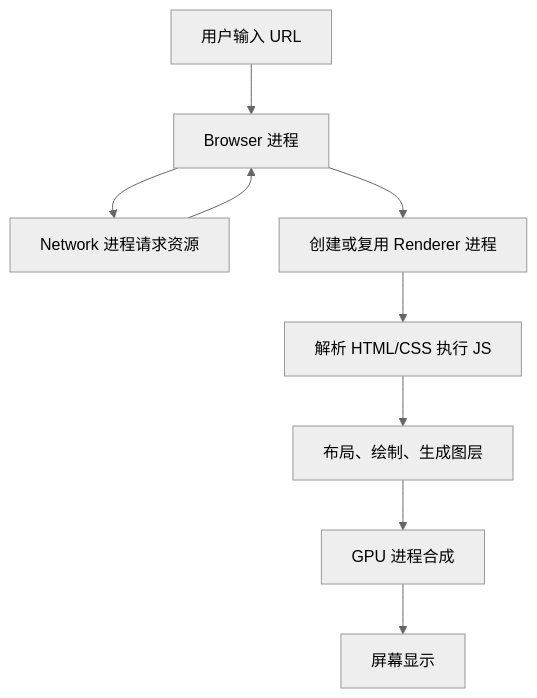
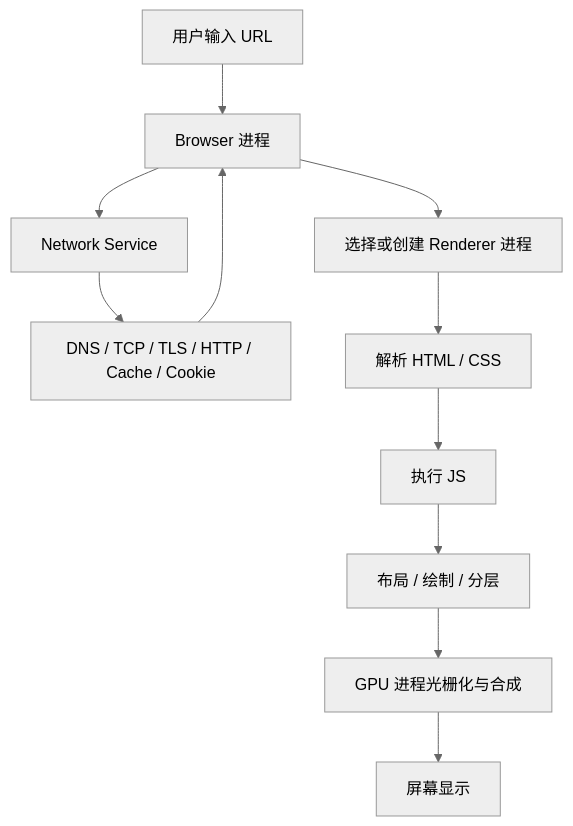
One commit to H-1234-S/Note changed the first of 32 diagrams in 八股/浏览器原理面试八股整理.md. Above: the diagram before and after it, drawn with Mermaid (neutral theme). The commit also changed other lines of this file, not shown here.

````diff
--- a/八股/浏览器原理面试八股整理.md
+++ b/八股/浏览器原理面试八股整理.md
@@ -71,11 +208,13 @@
 ```mermaid
 flowchart TD
     A[用户输入 URL] --> B[Browser 进程]
-    B --> C[Network 进程请求资源]
-    C --> B
-    B --> D[创建或复用 Renderer 进程]
-    D --> E[解析 HTML/CSS 执行 JS]
-    E --> F[布局、绘制、生成图层]
-    F --> G[GPU 进程合成]
-    G --> H[屏幕显示]
+    B --> C[Network Service]
+    C --> C1[DNS / TCP / TLS / HTTP / Cache / Cookie]
+    C1 --> B
+    B --> D[选择或创建 Renderer 进程]
+    D --> E[解析 HTML / CSS]
+    E --> F[执行 JS]
+    F --> G[布局 / 绘制 / 分层]
+    G --> H[GPU 进程光栅化与合成]
+    H --> I[屏幕显示]
 ```
````
